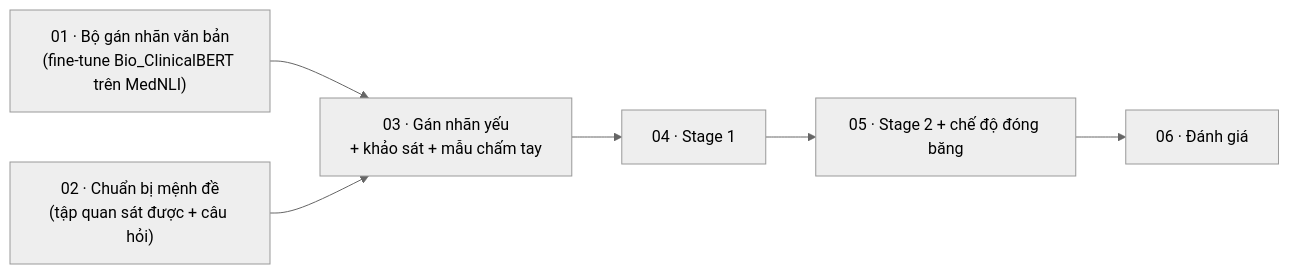
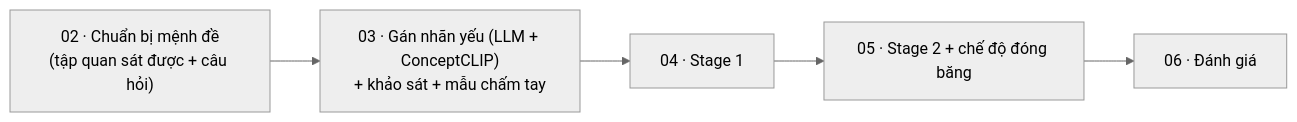
The diagram in docs_coding/00_TongQuan.md (trisle0805/RAD-colab), drawn with Mermaid (neutral theme) before and after one commit. The commit also changed other lines of this file and 5 other files, not shown here.

Commit message:
feat(ws): replace NLI weak labeling with resumable LLM v2 workflow

````diff
--- a/docs_coding/00_TongQuan.md
+++ b/docs_coding/00_TongQuan.md
@@ -11,12 +11,9 @@
 ```mermaid
 flowchart LR
-    F01["01 · Bộ gán nhãn văn bản<br/>(fine-tune Bio_ClinicalBERT trên MedNLI)"]
     F02["02 · Chuẩn bị mệnh đề<br/>(tập quan sát được + câu hỏi)"]
-    F03["03 · Gán nhãn yếu<br/>+ khảo sát + mẫu chấm tay"]
+    F03["03 · Gán nhãn yếu (LLM + ConceptCLIP)<br/>+ khảo sát + mẫu chấm tay"]
     F04["04 · Stage 1"]
     F05["05 · Stage 2 + chế độ đóng băng"]
     F06["06 · Đánh giá"]
-    F01 --> F03
-    F02 --> F03
-    F03 --> F04 --> F05 --> F06
+    F02 --> F03 --> F04 --> F05 --> F06
 ```
````
